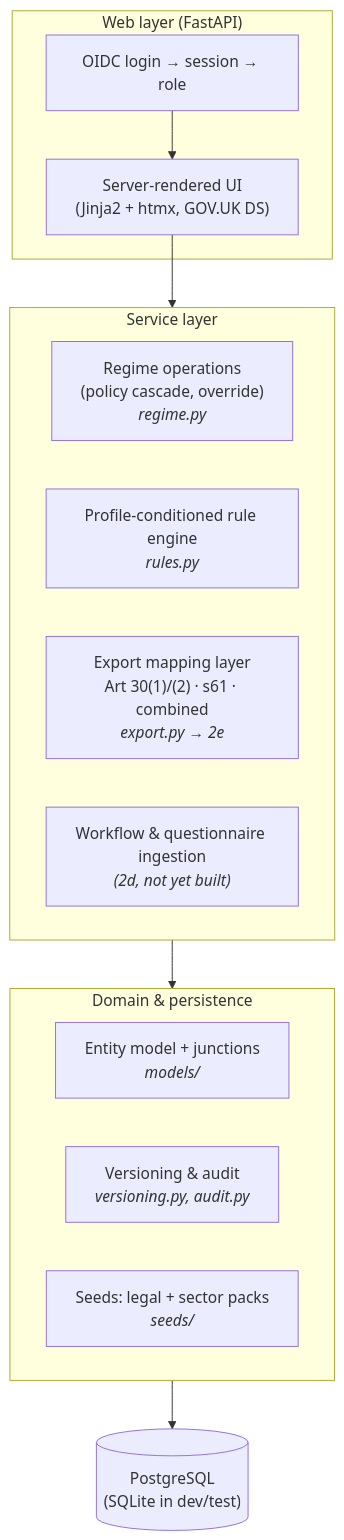
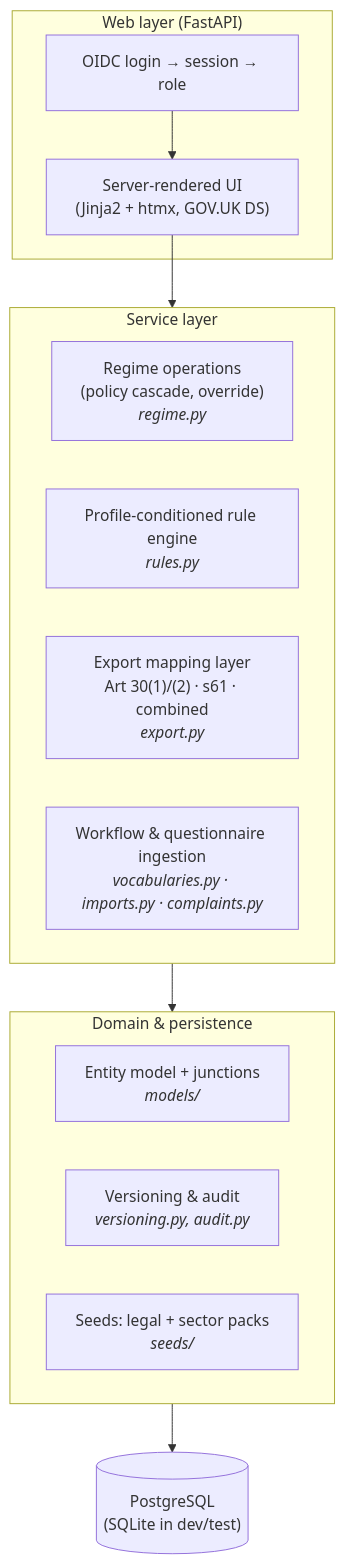
Before and after one commit to John-Howard/cairn: the diagram in docs/solution-architecture.md, drawn with Mermaid. The commit also changed other lines of this file and 3 other files, not shown here.

````diff
--- a/docs/solution-architecture.md
+++ b/docs/solution-architecture.md
@@ -45,23 +45,23 @@
 ```mermaid
 flowchart TD
     subgraph web["Web layer (FastAPI)"]
         UI["Server-rendered UI<br/>(Jinja2 + htmx, GOV.UK DS)"]
         AUTH["OIDC login → session → role"]
     end
     subgraph services["Service layer"]
         REG["Regime operations<br/>(policy cascade, override)<br/><i>regime.py</i>"]
         RULES["Profile-conditioned rule engine<br/><i>rules.py</i>"]
-        EXPORT["Export mapping layer<br/>Art 30(1)/(2) · s61 · combined<br/><i>export.py → 2e</i>"]
-        WF["Workflow & questionnaire ingestion<br/><i>(2d, not yet built)</i>"]
+        EXPORT["Export mapping layer<br/>Art 30(1)/(2) · s61 · combined<br/><i>export.py</i>"]
+        WF["Workflow & questionnaire ingestion<br/><i>vocabularies.py · imports.py · complaints.py</i>"]
     end
     subgraph domain["Domain & persistence"]
         MODELS["Entity model + junctions<br/><i>models/</i>"]
         VER["Versioning & audit<br/><i>versioning.py, audit.py</i>"]
         SEEDS["Seeds: legal + sector packs<br/><i>seeds/</i>"]
     end
     DB[("PostgreSQL<br/>(SQLite in dev/test)")]
     UI --> services
     AUTH --> UI
     services --> domain
     domain --> DB
 ```
````
